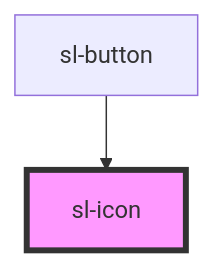
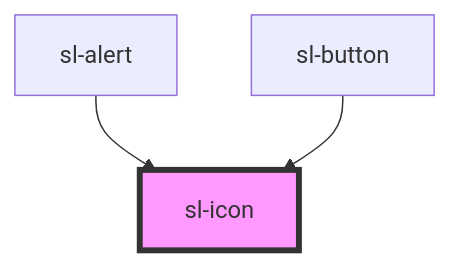
The diagram in src/components/icon/readme.md (shoelace-style/shoelace), drawn with Mermaid before and after one commit. The commit also changed other lines of this file and 3 other files, not shown here.

````diff
--- a/src/components/icon/readme.md
+++ b/src/components/icon/readme.md
@@ -39,5 +40,6 @@
 ```mermaid
 graph TD;
+  sl-alert --> sl-icon
   sl-button --> sl-icon
   style sl-icon fill:#f9f,stroke:#333,stroke-width:4px
 ```
````
